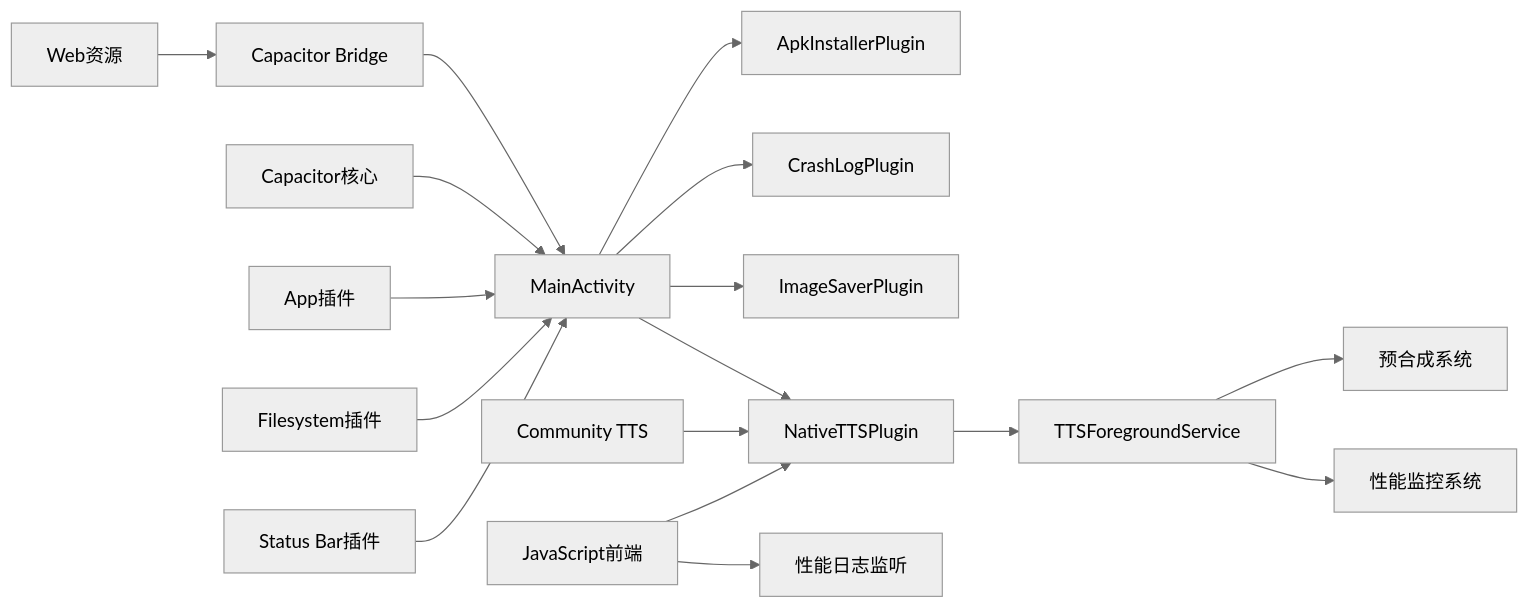
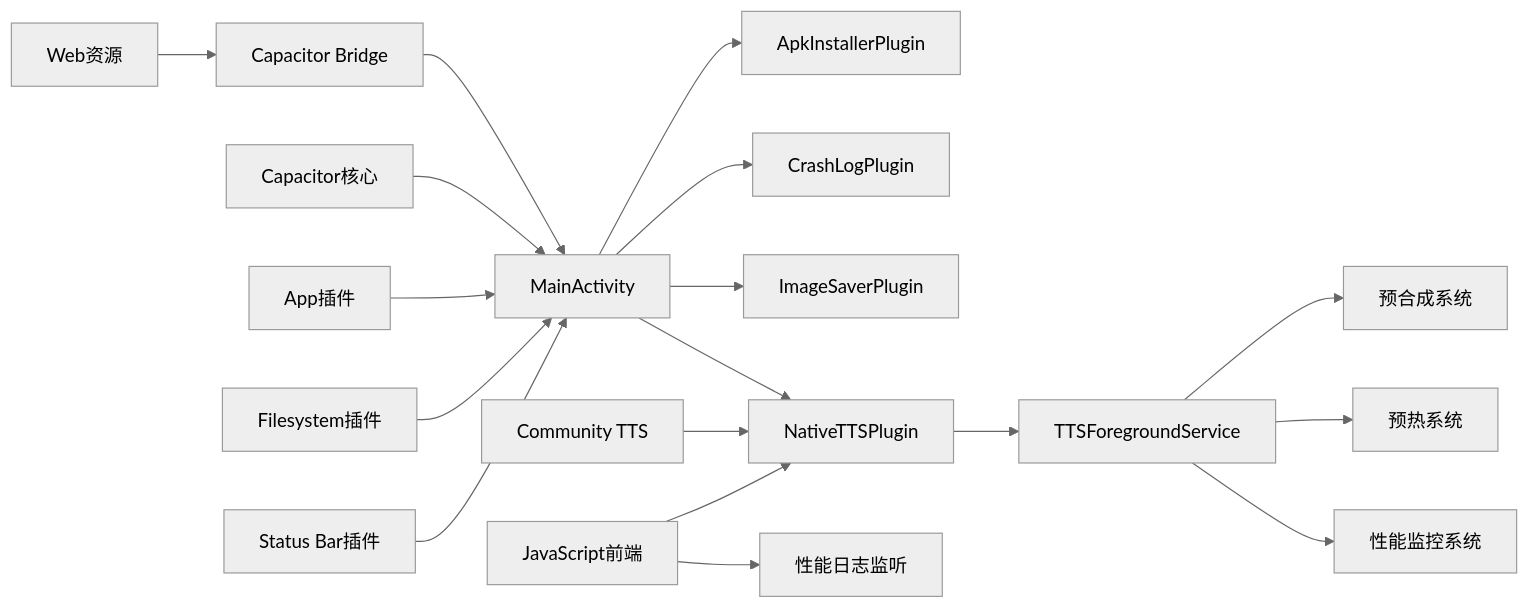
Before and after one commit to zhao-zg/cx: diagram 11 of 11 in .qoder/repowiki/zh/content/移动应用开发/移动应用开发.md, drawn with Mermaid (neutral theme). The commit also changed other lines of this file and 31 other files, not shown here.

````diff
--- a/.qoder/repowiki/zh/content/移动应用开发/移动应用开发.md
+++ b/.qoder/repowiki/zh/content/移动应用开发/移动应用开发.md
@@ -523,19 +562,20 @@
 ```mermaid
 graph LR
 WEB["Web资源"] --> BRIDGE["Capacitor Bridge"]
 BRIDGE --> MAINACT["MainActivity"]
 MAINACT --> APK["ApkInstallerPlugin"]
 MAINACT --> CRASH["CrashLogPlugin"]
 MAINACT --> IMG["ImageSaverPlugin"]
 MAINACT --> TTS["NativeTTSPlugin"]
 CAP["Capacitor核心"] --> MAINACT
 APP["App插件"] --> MAINACT
 FS["Filesystem插件"] --> MAINACT
 SB["Status Bar插件"] --> MAINACT
 CTTS["Community TTS"] --> TTS
 TTS --> SERVICE["TTSForegroundService"]
 SERVICE --> PRE_SYNTH["预合成系统"]
+SERVICE --> WARMUP["预热系统"]
 SERVICE --> PERF_MONITOR["性能监控系统"]
 JAVASCRIPT["JavaScript前端"] --> TTS
 JAVASCRIPT --> PERF_LOG["性能日志监听"]
 ```
````
